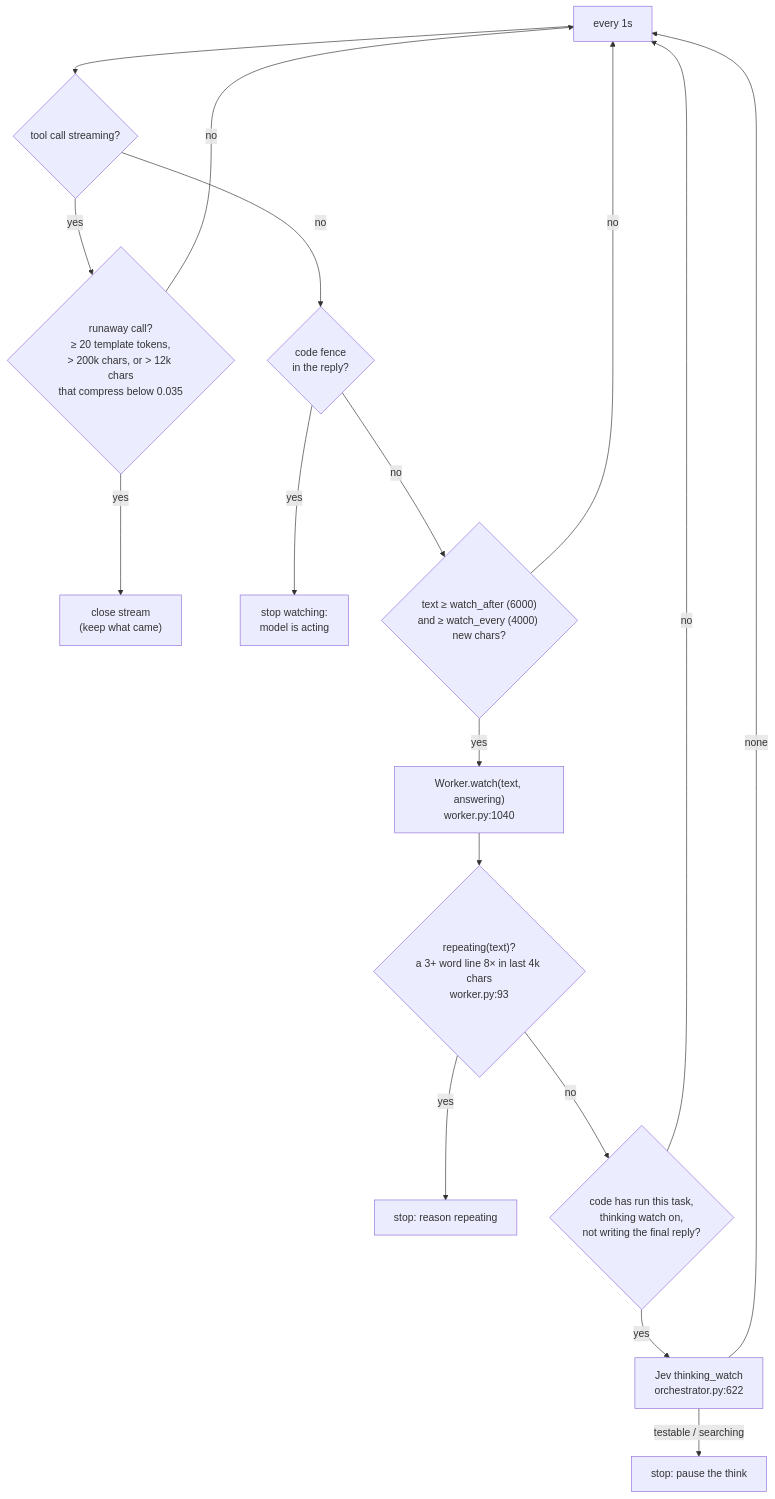
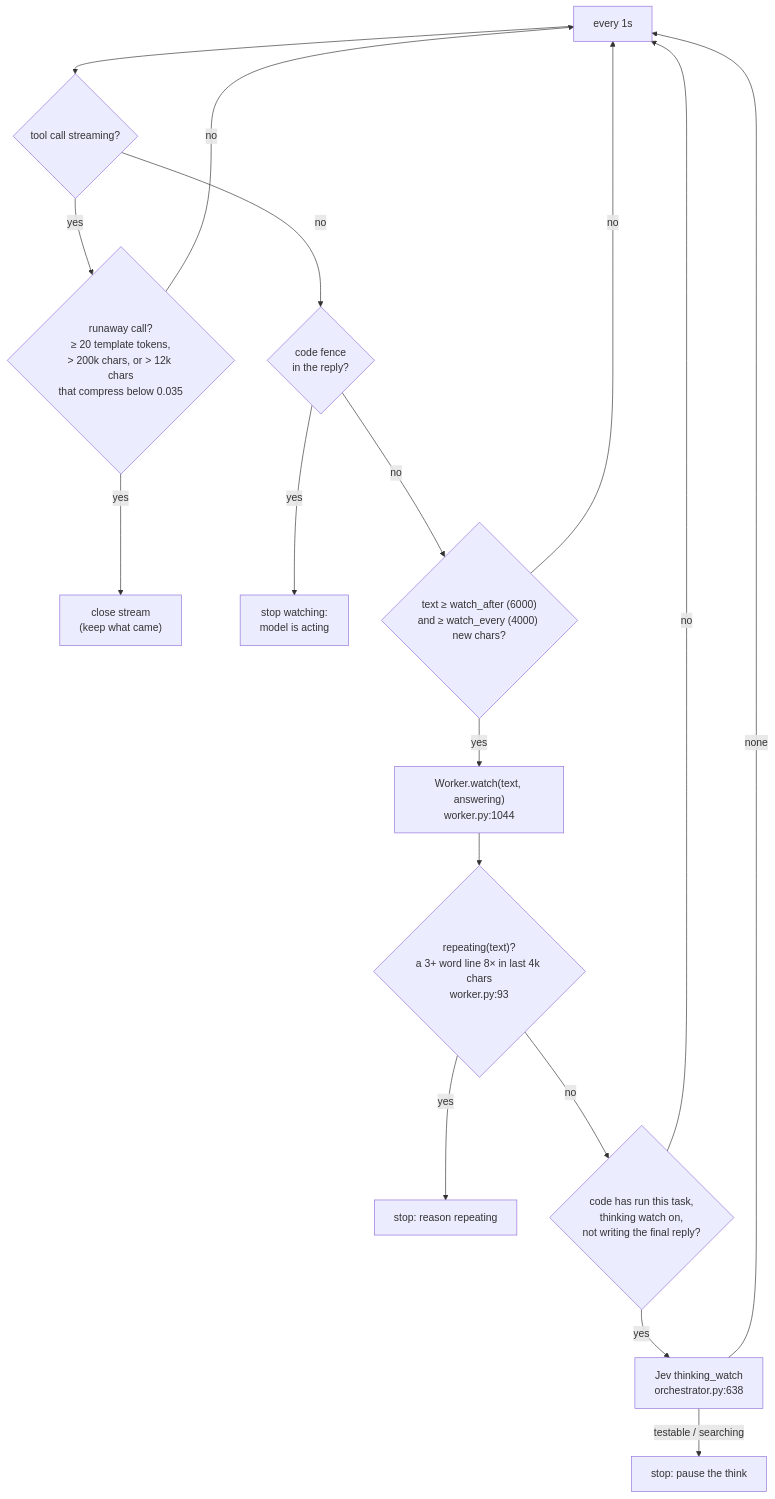
Before and after one commit to slumpsod/jev-harness: the second of 3 diagrams in docs/architecture/04-llm-streaming.md, drawn with Mermaid. The commit also changed other lines of this file and 13 other files, not shown here.

First line of the commit message:
Architecture docs: catch up with main (failure log, session review, refinement)

````diff
--- a/docs/architecture/04-llm-streaming.md
+++ b/docs/architecture/04-llm-streaming.md
@@ -54,19 +54,19 @@
 ```mermaid
 flowchart TD
   T["every 1s"] --> A{"tool call streaming?"}
   A -- yes --> R{"runaway call?<br/>≥ 20 template tokens,<br/>> 200k chars, or > 12k chars<br/>that compress below 0.035"}
   R -- yes --> STOP["close stream<br/>(keep what came)"]
   R -- no --> T
   A -- no --> B{"code fence<br/>in the reply?"}
   B -- yes --> END["stop watching:<br/>model is acting"]
   B -- no --> C{"text ≥ watch_after (6000)<br/>and ≥ watch_every (4000) new chars?"}
   C -- no --> T
-  C -- yes --> D["Worker.watch(text, answering)<br/>worker.py:1040"]
+  C -- yes --> D["Worker.watch(text, answering)<br/>worker.py:1044"]
   D --> E{"repeating(text)?<br/>a 3+ word line 8× in last 4k chars<br/>worker.py:93"}
   E -- yes --> STOP2["stop: reason repeating"]
   E -- no --> F{"code has run this task,<br/>thinking watch on,<br/>not writing the final reply?"}
   F -- no --> T
-  F -- yes --> G["Jev thinking_watch<br/>orchestrator.py:622"]
+  F -- yes --> G["Jev thinking_watch<br/>orchestrator.py:638"]
   G -- "testable / searching" --> STOP3["stop: pause the think"]
   G -- none --> T
 ```
````
